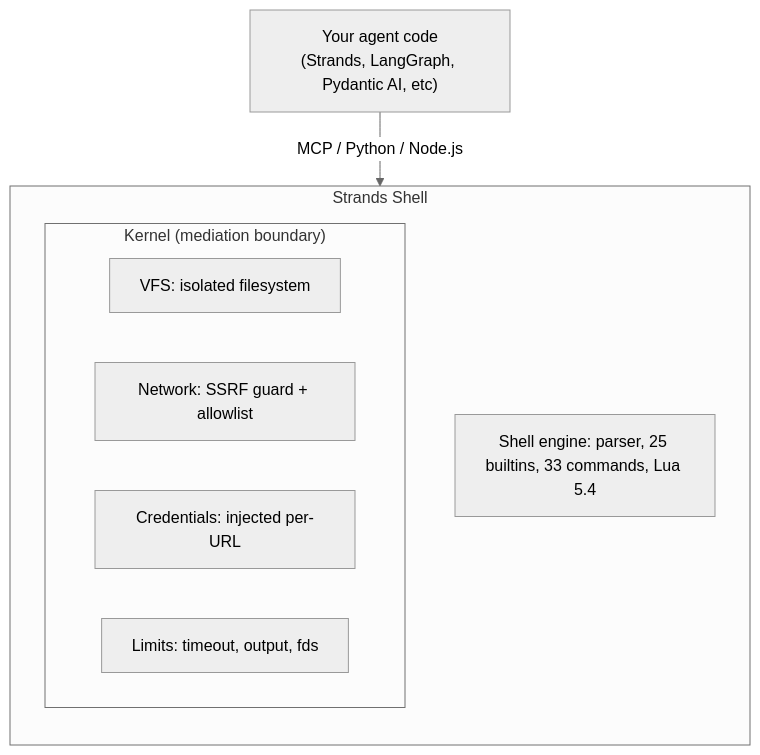
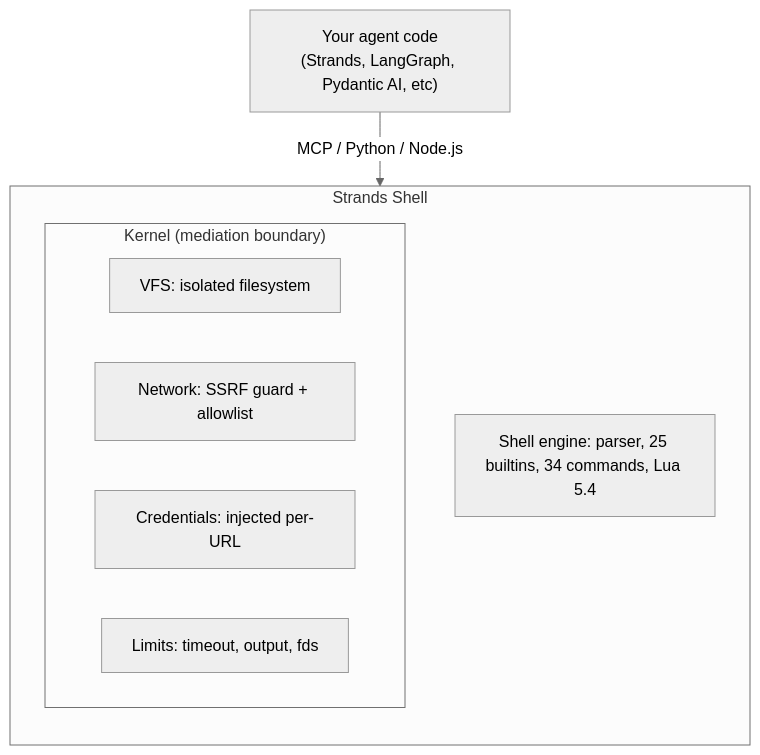
Before and after one commit to strands-agents/shell: the diagram in README.md, drawn with Mermaid (neutral theme). The commit also changed other lines of this file and 4 other files, not shown here.

````diff
--- a/README.md
+++ b/README.md
@@ -105,16 +105,16 @@
 ```mermaid
 flowchart TB
     agent["Your agent code\n(Strands, LangGraph, Pydantic AI, etc)"]
     agent -->|"MCP / Python / Node.js"| shell
 
     subgraph shell ["Strands Shell"]
         direction TB
         subgraph kernel ["Kernel (mediation boundary)"]
             vfs["VFS: isolated filesystem"]
             net["Network: SSRF guard + allowlist"]
             creds["Credentials: injected per-URL"]
             limits["Limits: timeout, output, fds"]
         end
-        engine["Shell engine: parser, 25 builtins, 33 commands, Lua 5.4"]
+        engine["Shell engine: parser, 25 builtins, 34 commands, Lua 5.4"]
     end
 ```
````
